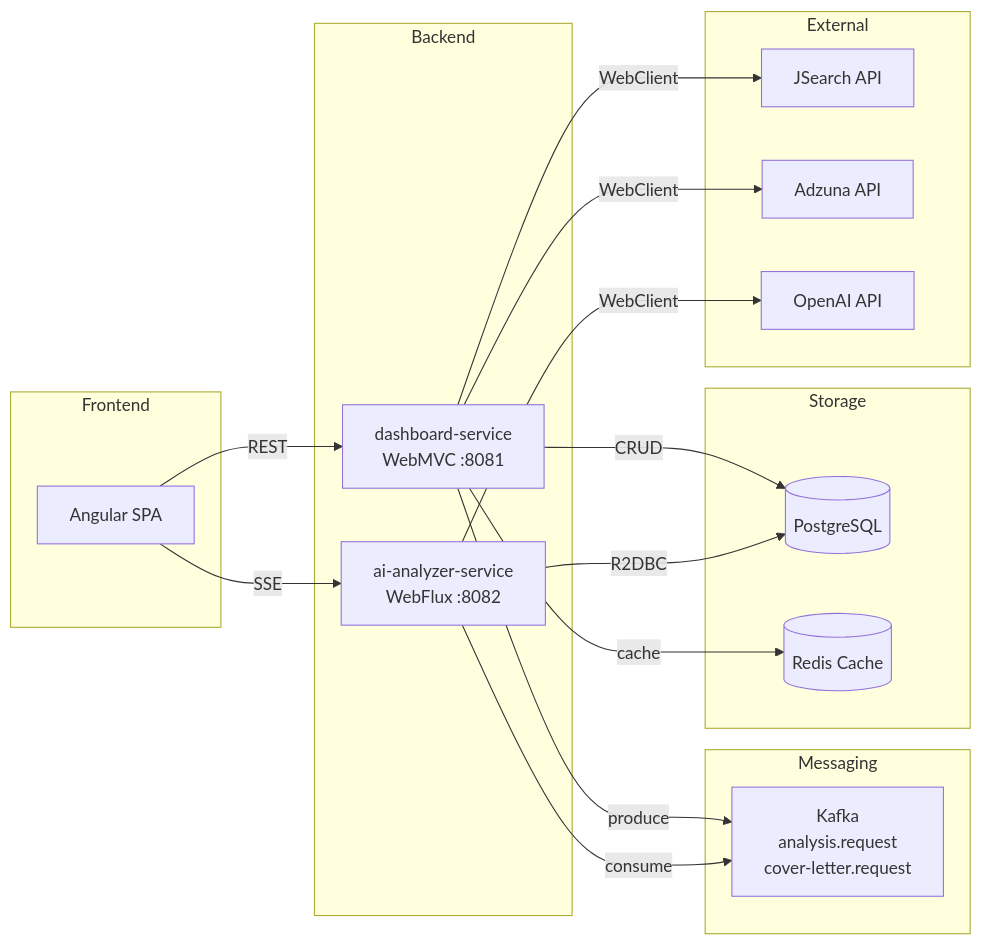
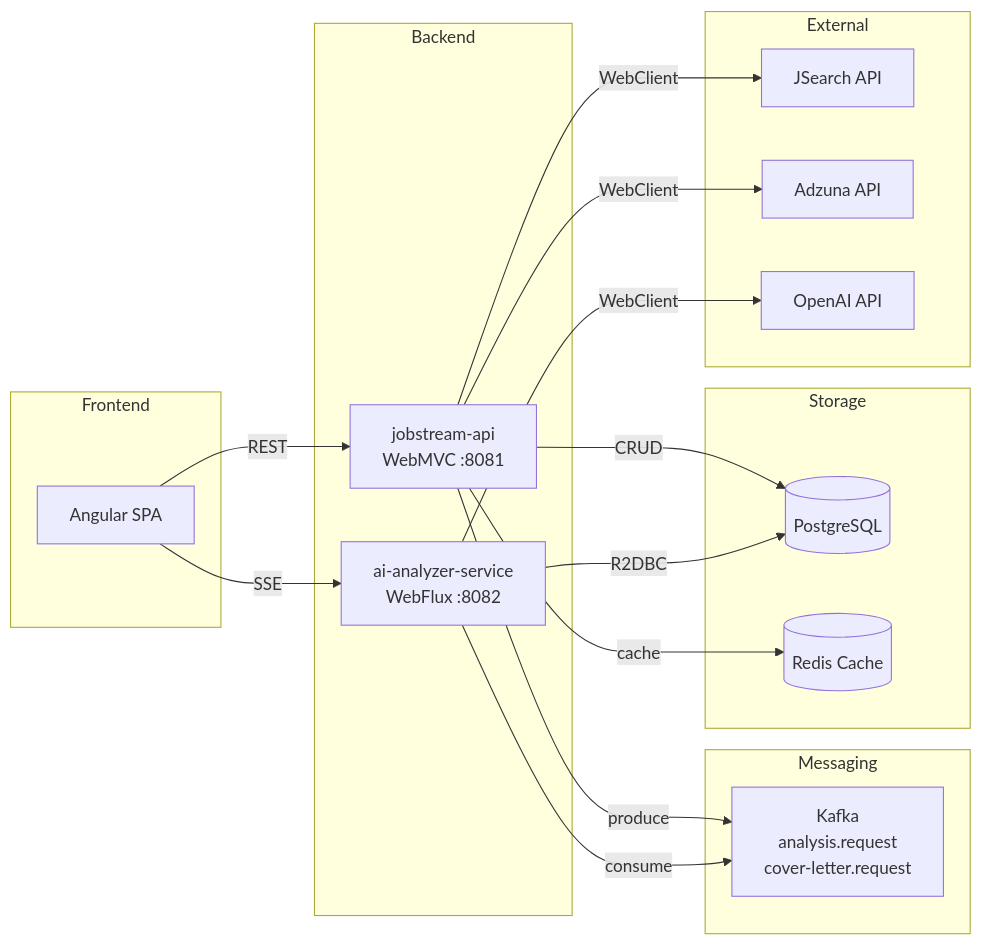
Before and after one commit to JuB3ll3c/jobstream-bmad: the first of 5 diagrams in docs/architecture-spine.md, drawn with Mermaid. The commit also changed other lines of this file and 2 other files, not shown here.

Commit message:
Fix: Fix name service in architecture spine + add ADR 10 + add mention to BMAD in README.md

````diff
--- a/docs/architecture-spine.md
+++ b/docs/architecture-spine.md
@@ -23,37 +23,37 @@
 ```mermaid
 flowchart LR
     subgraph Frontend
         ANG[Angular SPA]
     end
 
     subgraph Backend
-        DASH[dashboard-service<br/>WebMVC :8081]
+        DASH[jobstream-api<br/>WebMVC :8081]
         ANALYZER[ai-analyzer-service<br/>WebFlux :8082]
     end
 
     subgraph Messaging
         KAFKA[Kafka<br/>analysis.request<br/>cover-letter.request]
     end
 
     subgraph Storage
         PG[(PostgreSQL)]
         REDIS[(Redis Cache)]
     end
 
     subgraph External
         JS[JSearch API]
         AZ[Adzuna API]
         OAI[OpenAI API]
     end
 
     ANG -->|REST| DASH
     ANG -->|SSE| ANALYZER
     DASH -->|produce| KAFKA
     ANALYZER -->|consume| KAFKA
     DASH -->|CRUD| PG
     DASH -->|cache| REDIS
     ANALYZER -->|R2DBC| PG
     DASH -->|WebClient| JS
     DASH -->|WebClient| AZ
     ANALYZER -->|WebClient| OAI
 ```
````
